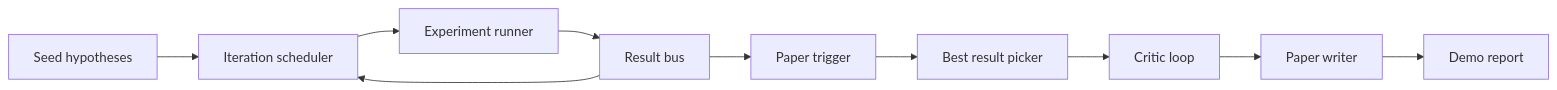
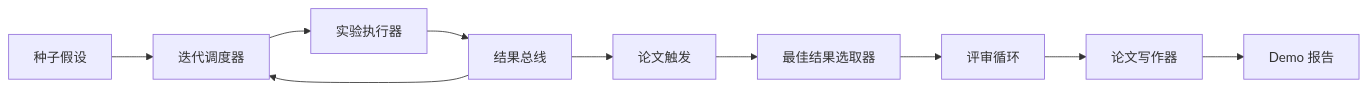
One commit to alessandrodinisio-ai/ai-engineering-learning-framework changed the first of 3 diagrams in phases/19-capstone-projects/57-end-to-end-research-demo/docs/zh.md. Above: the diagram before and after it, drawn with Mermaid. The commit also changed other lines of this file and 120 other files, not shown here.

First line of the commit message:
i18n(mermaid): 337 个 mermaid 图表标签中文化

````diff
--- a/phases/19-capstone-projects/57-end-to-end-research-demo/docs/zh.md
+++ b/phases/19-capstone-projects/57-end-to-end-research-demo/docs/zh.md
@@ -20,12 +20,12 @@
 ```mermaid
 flowchart LR
-    Seed[Seed hypotheses] --> Sched[Iteration scheduler]
-    Sched --> Exp[Experiment runner]
-    Exp --> Bus[Result bus]
+    Seed[种子假设] --> Sched[迭代调度器]
+    Sched --> Exp[实验执行器]
+    Exp --> Bus[结果总线]
     Bus --> Sched
-    Bus --> Trig[Paper trigger]
-    Trig --> Pick[Best result picker]
-    Pick --> Critic[Critic loop]
-    Critic --> Writer[Paper writer]
-    Writer --> Report[Demo report]
+    Bus --> Trig[论文触发]
+    Trig --> Pick[最佳结果选取器]
+    Pick --> Critic[评审循环]
+    Critic --> Writer[论文写作器]
+    Writer --> Report[Demo 报告]
 ```
````
